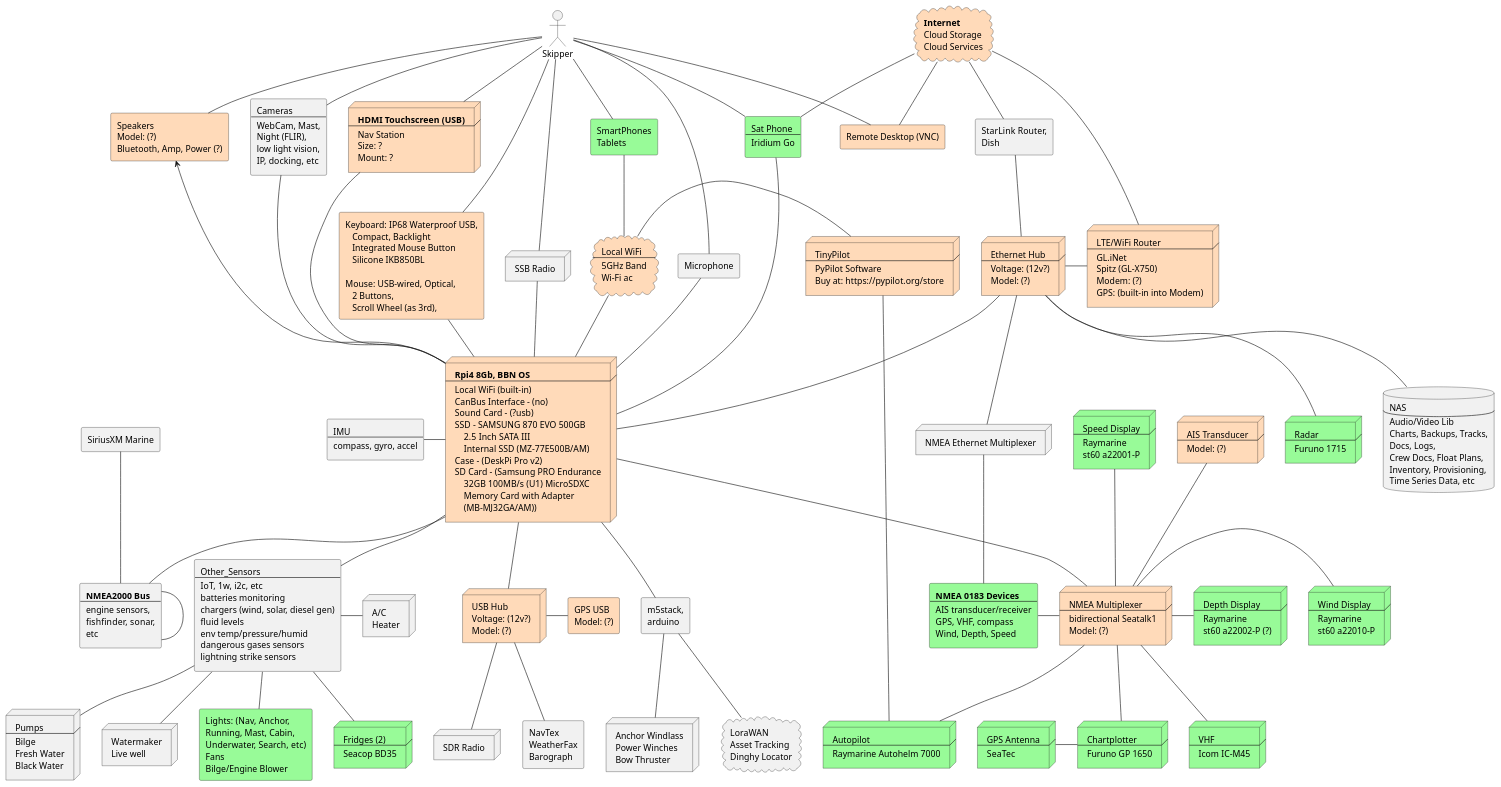
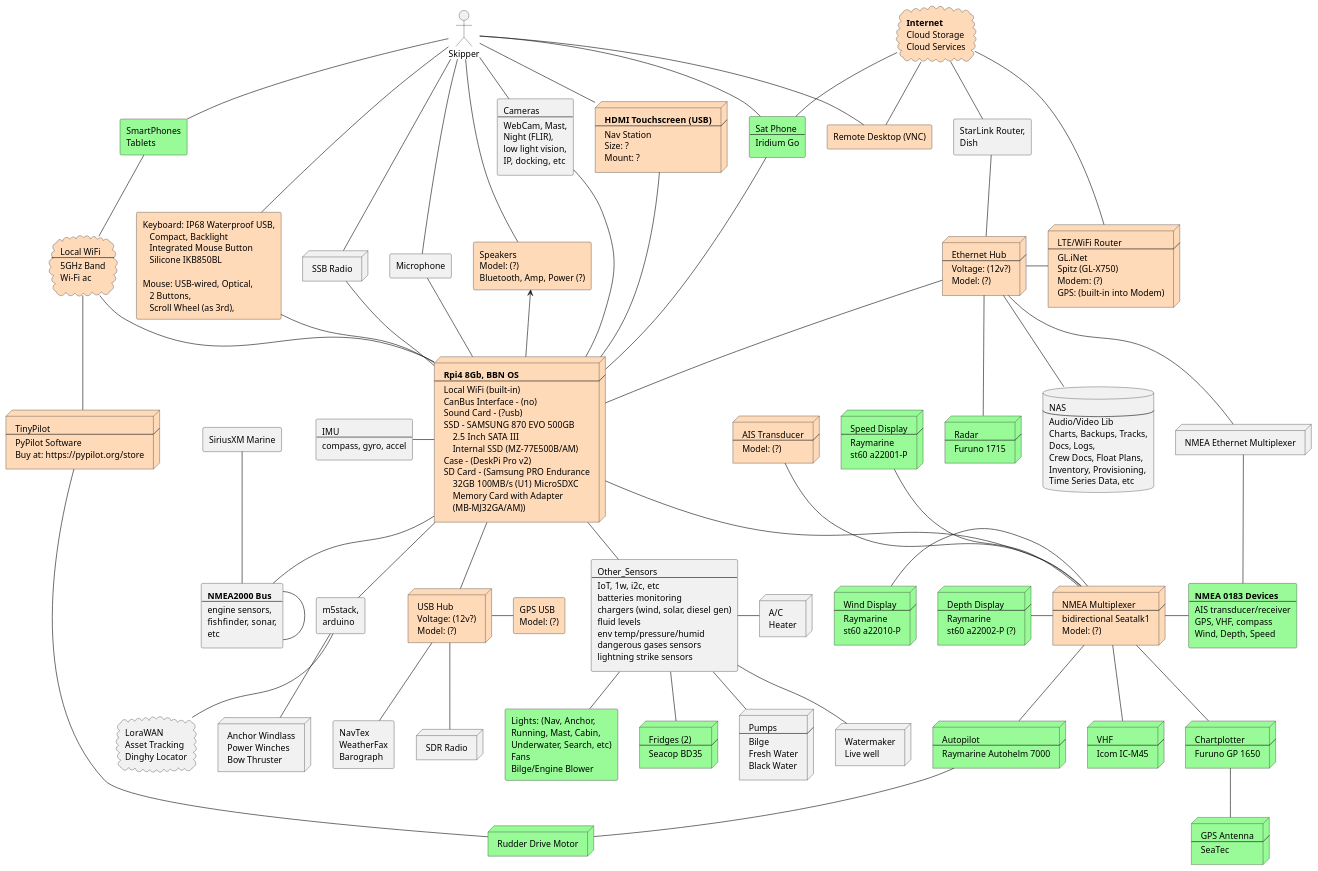
The diagram in docs/plantuml/alcazar-system-arch.puml (SY-Alcazar/SY-Alcazar), drawn with PlantUML before and after one commit.

Commit message:
alcazar system arch

```diff
--- a/docs/plantuml/alcazar-system-arch.puml
+++ b/docs/plantuml/alcazar-system-arch.puml
@@ -255,6 +255,10 @@
  Time Series Data, etc
 ]
 
+node Rudder #palegreen [
+ Rudder Drive Motor
+]
+
 node Dash_1 #palegreen [
  Wind Display
  ----
@@ -307,7 +311,7 @@
 
 RPI -l- IMU
 RPI -- NMEA_2000
-RPI -- NMEA_Mux
+RPI -d- NMEA_Mux
 RPI -u- Eth_Hub
 RPI -- USB_Hub
 RPI -u- Touchscreen
@@ -322,8 +326,9 @@
 RPI -u- Keyboard_Mouse
 
 SmartPhone -- WiFi_Local
-AP_2 -l- WiFi_Local
-AP_2 -- AP
+AP_2 -u- WiFi_Local
+AP -- Rudder
+AP_2 -- Rudder
 
 SiriusXM -- NMEA_2000
 NMEA_2000 -- NMEA_2000
@@ -344,17 +349,17 @@
 Other_Sensors -- Lights_Fans
 Other_Sensors -- Pumps
 
-NMEA_Mux -l- NMEA_0183
+NMEA_Mux -r- NMEA_0183
 NMEA_Eth_Mux -- NMEA_0183
 NMEA_Mux -- AP
 NMEA_Mux -- VHF
 NMEA_Mux -- Chartplotter
-NMEA_Mux -r- Dash_1
+NMEA_Mux -l- Dash_1
 NMEA_Mux -u- Dash_2
-NMEA_Mux -r- Dash_3
+NMEA_Mux -l- Dash_3
 NMEA_Mux -u- AIS
 
-Chartplotter -l- GPS_Ant
+Chartplotter -- GPS_Ant
 
 Esp32 -- Lora
 Esp32 -- Winches
```
